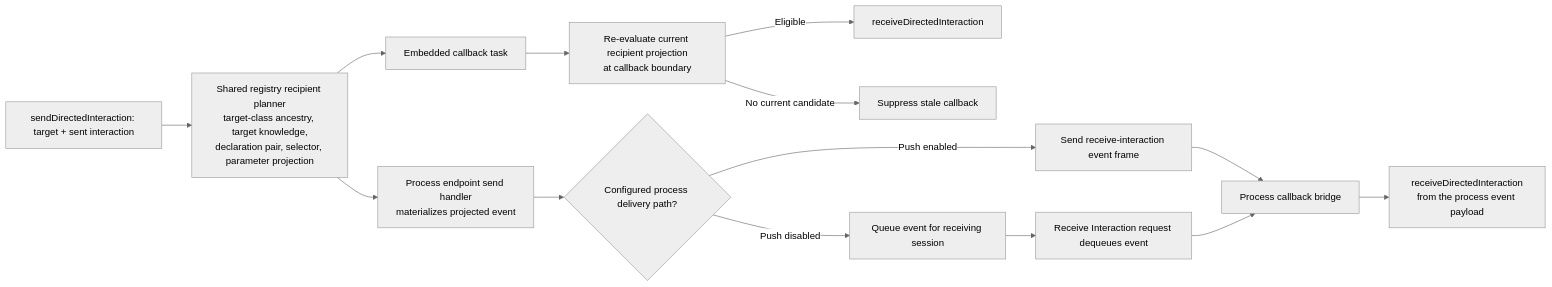
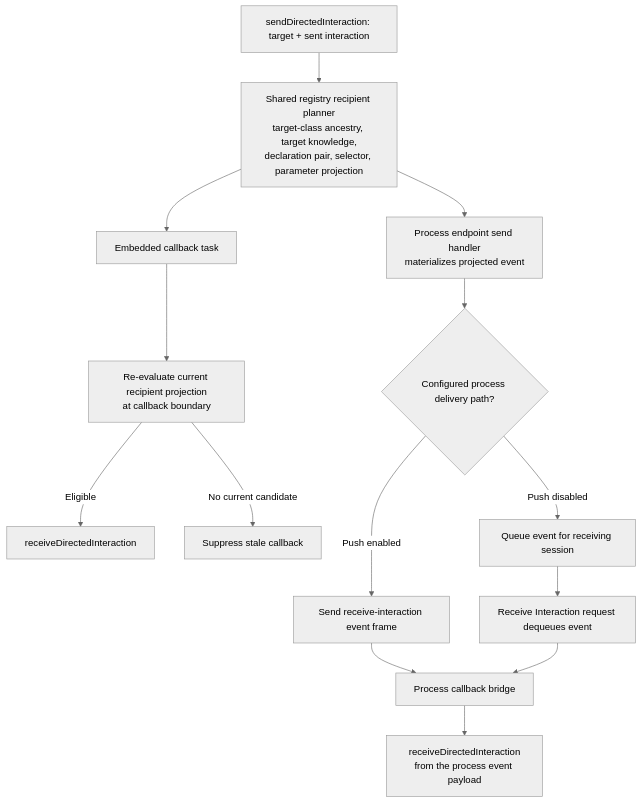
The ninth of 9 diagrams in docs/design/HLA-2025-DIRECTED-INTERACTION-FLOW-GUIDE.md (sheepfling/umbra), drawn with Mermaid (neutral theme) before and after one commit. The commit also changed other lines of this file and 39 other files, not shown here.

Commit message:
Document IEEE 1516.1-2025 behavior flows

````diff
--- a/docs/design/HLA-2025-DIRECTED-INTERACTION-FLOW-GUIDE.md
+++ b/docs/design/HLA-2025-DIRECTED-INTERACTION-FLOW-GUIDE.md
@@ -552,20 +633,20 @@
 ```mermaid
-flowchart LR
+flowchart TD
   Send[sendDirectedInteraction: target + sent interaction]
   Plan[Shared registry recipient planner<br/>target-class ancestry, target knowledge,<br/>declaration pair, selector, parameter projection]
   Send --> Plan
 
   Plan --> Embedded[Embedded callback task]
   Embedded --> Recheck[Re-evaluate current recipient projection<br/>at callback boundary]
   Recheck -->|Eligible| EmbeddedCallback[receiveDirectedInteraction]
   Recheck -->|No current candidate| Suppress[Suppress stale callback]
 
   Plan --> Process[Process endpoint send handler<br/>materializes projected event]
   Process --> Mode{Configured process delivery path?}
   Mode -->|Push enabled| Push[Send receive-interaction event frame]
   Mode -->|Push disabled| Queue[Queue event for receiving session]
   Queue --> Pull[Receive Interaction request dequeues event]
   Push --> Bridge[Process callback bridge]
   Pull --> Bridge
   Bridge --> ProcessCallback[receiveDirectedInteraction<br/>from the process event payload]
 ```
````
